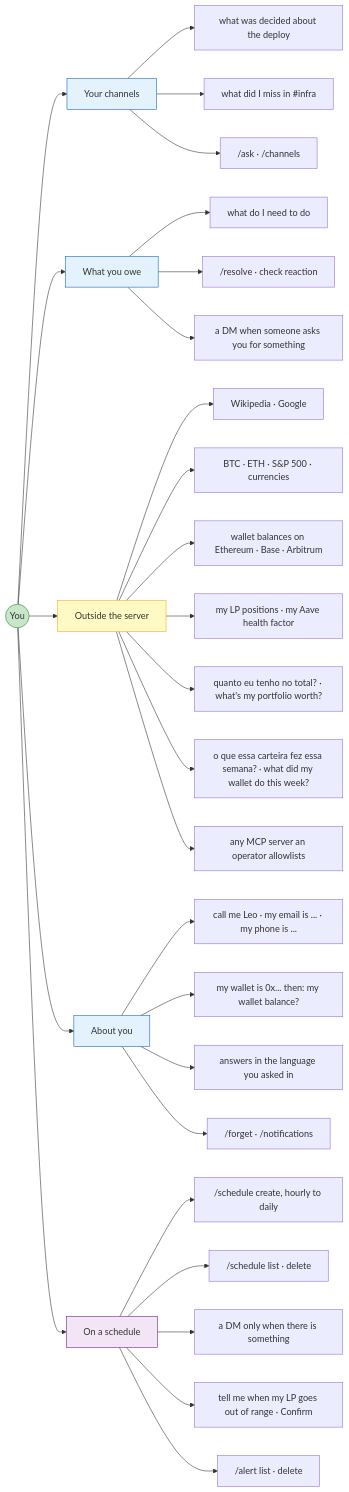
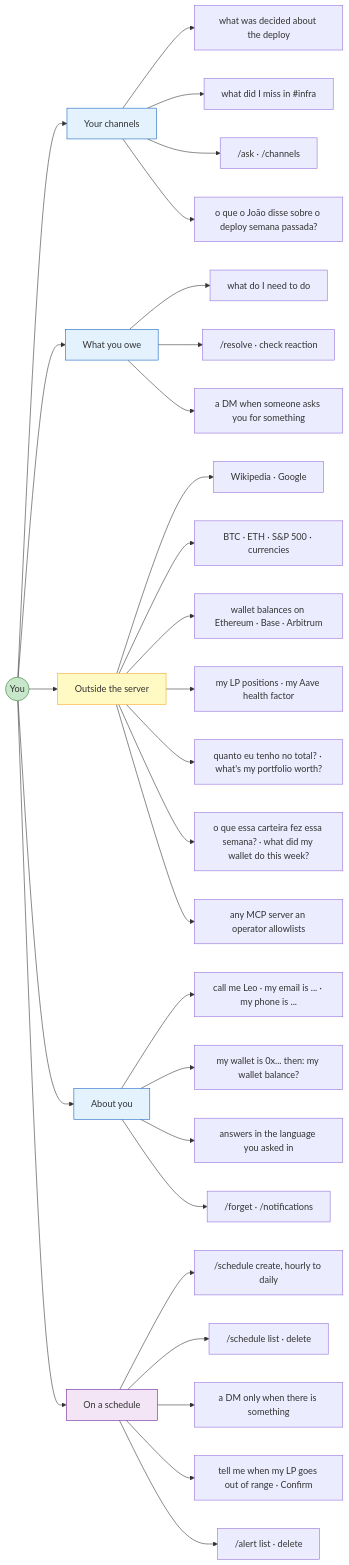
The second of 4 diagrams in README.md (CyberdyneCorp/CyberFriend), drawn with Mermaid before and after one commit. The commit also changed other lines of this file and 29 other files, not shown here.

````diff
--- a/README.md
+++ b/README.md
@@ -101,43 +104,44 @@
 ```mermaid
 graph LR
     P(("You"))
 
     P --> CORPUS["Your channels"]
     CORPUS --> C1["what was decided about the deploy"]
     CORPUS --> C2["what did I miss in #infra"]
     CORPUS --> C3["/ask &middot; /channels"]
+    CORPUS --> C4["o que o João disse sobre o deploy semana passada?"]
 
     P --> OWED["What you owe"]
     OWED --> O1["what do I need to do"]
     OWED --> O2["/resolve &middot; check reaction"]
     OWED --> O3["a DM when someone asks you for something"]
 
     P --> OUT["Outside the server"]
     OUT --> X1["Wikipedia &middot; Google"]
     OUT --> X2["BTC &middot; ETH &middot; S&P 500 &middot; currencies"]
     OUT --> X3["wallet balances on Ethereum &middot; Base &middot; Arbitrum"]
     OUT --> X5["my LP positions &middot; my Aave health factor"]
     OUT --> X6["quanto eu tenho no total? &middot; what's my portfolio worth?"]
     OUT --> X7["o que essa carteira fez essa semana? &middot; what did my wallet do this week?"]
     OUT --> X4["any MCP server an operator allowlists"]
 
     P --> YOU["About you"]
     YOU --> Y1["call me Leo &middot; my email is ... &middot; my phone is ..."]
     YOU --> Y2["my wallet is 0x... then: my wallet balance?"]
     YOU --> Y3["answers in the language you asked in"]
     YOU --> Y4["/forget &middot; /notifications"]
 
     P --> WHEN["On a schedule"]
     WHEN --> W1["/schedule create, hourly to daily"]
     WHEN --> W2["/schedule list &middot; delete"]
     WHEN --> W3["a DM only when there is something"]
     WHEN --> W4["tell me when my LP goes out of range &middot; Confirm"]
     WHEN --> W5["/alert list &middot; delete"]
 
     style P fill:#C8E6C9,stroke:#2E7D32
     style CORPUS fill:#E3F2FD,stroke:#1565C0
     style OWED fill:#E3F2FD,stroke:#1565C0
     style OUT fill:#FFF9C4,stroke:#F9A825
     style YOU fill:#E3F2FD,stroke:#1565C0
     style WHEN fill:#F3E5F5,stroke:#6A1B9A
 ```
````
